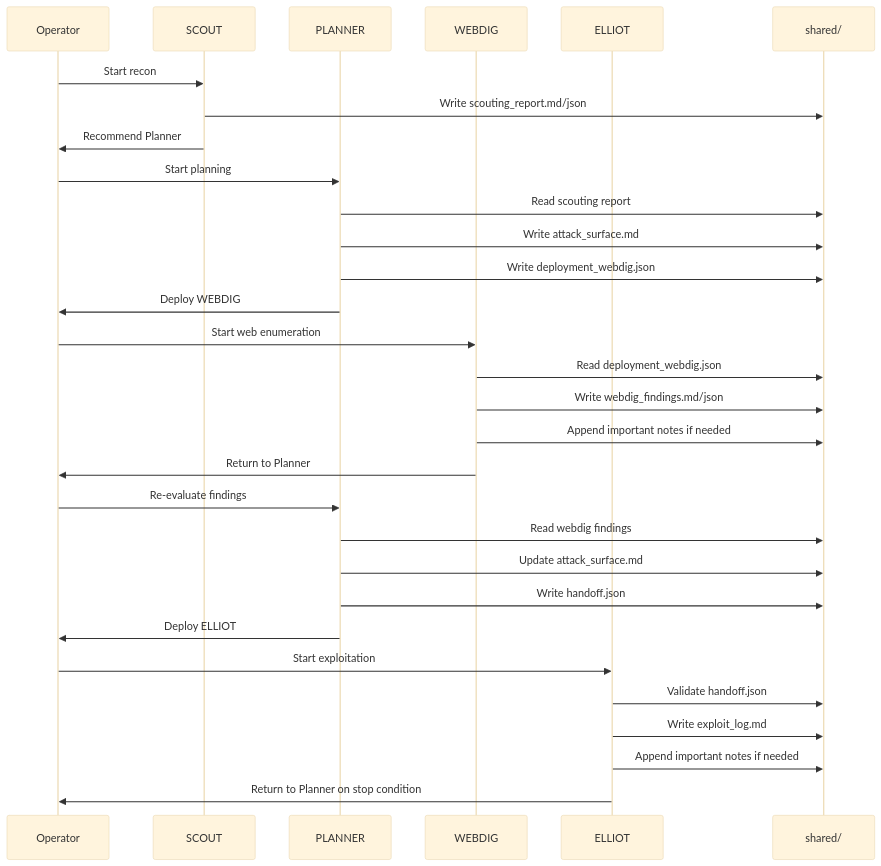
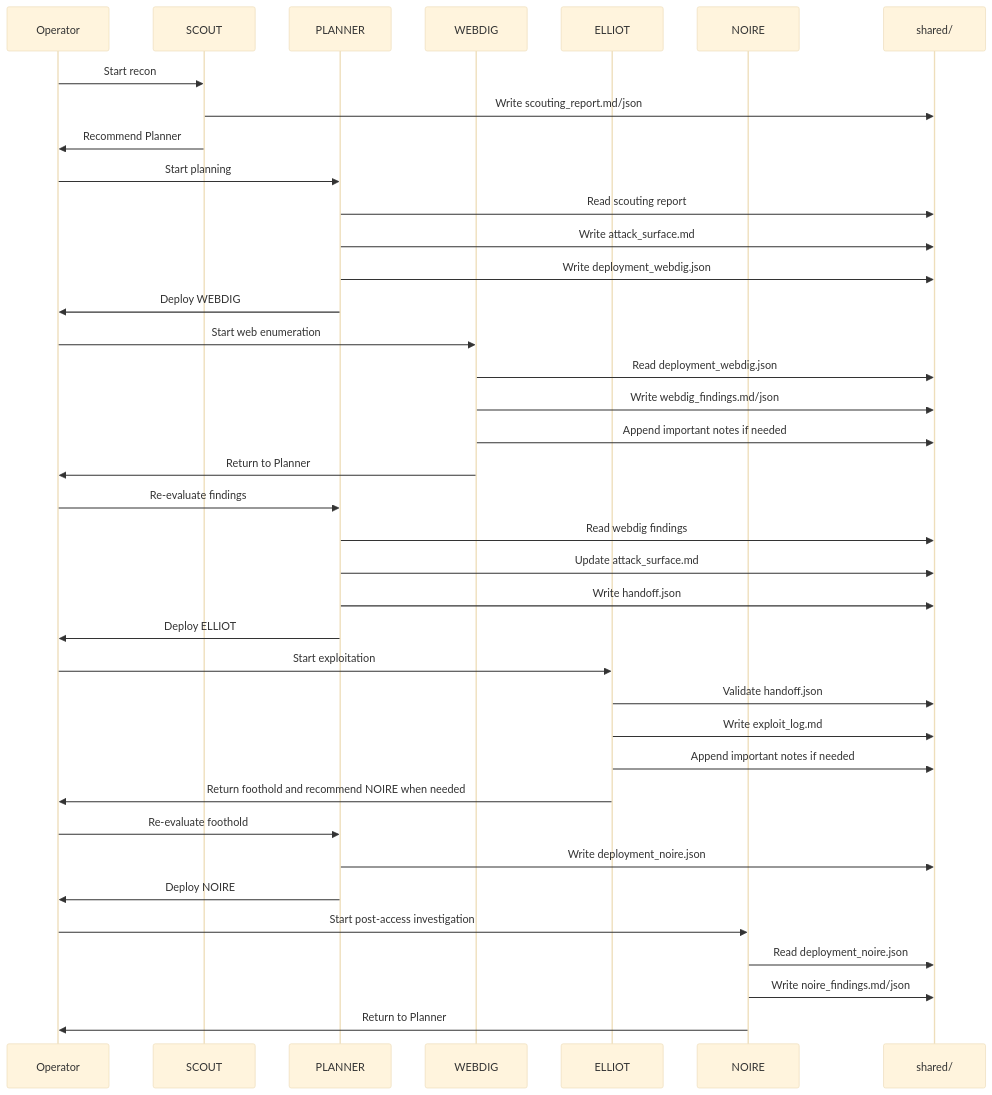
Before and after one commit to K3m1st/IRONTHREAD: the fifth of 8 diagrams in docs/INFRA_WIREFRAME.md, drawn with Mermaid (base theme). The commit also changed other lines of this file and 24 other files, not shown here.

Commit message:
Add Noire post-access workflow and clean up stale files

````diff
--- a/docs/INFRA_WIREFRAME.md
+++ b/docs/INFRA_WIREFRAME.md
@@ -115,37 +129,47 @@
 ```mermaid
 sequenceDiagram
     participant O as Operator
     participant S as SCOUT
     participant P as PLANNER
     participant W as WEBDIG
     participant E as ELLIOT
+    participant N as NOIRE
     participant X as shared/
 
     O->>S: Start recon
     S->>X: Write scouting_report.md/json
     S->>O: Recommend Planner
 
     O->>P: Start planning
     P->>X: Read scouting report
     P->>X: Write attack_surface.md
     P->>X: Write deployment_webdig.json
     P->>O: Deploy WEBDIG
 
     O->>W: Start web enumeration
     W->>X: Read deployment_webdig.json
     W->>X: Write webdig_findings.md/json
     W->>X: Append important notes if needed
     W->>O: Return to Planner
 
     O->>P: Re-evaluate findings
     P->>X: Read webdig findings
     P->>X: Update attack_surface.md
     P->>X: Write handoff.json
     P->>O: Deploy ELLIOT
 
     O->>E: Start exploitation
     E->>X: Validate handoff.json
     E->>X: Write exploit_log.md
     E->>X: Append important notes if needed
-    E->>O: Return to Planner on stop condition
+    E->>O: Return foothold and recommend NOIRE when needed
+
+    O->>P: Re-evaluate foothold
+    P->>X: Write deployment_noire.json
+    P->>O: Deploy NOIRE
+
+    O->>N: Start post-access investigation
+    N->>X: Read deployment_noire.json
+    N->>X: Write noire_findings.md/json
+    N->>O: Return to Planner
 ```
````
